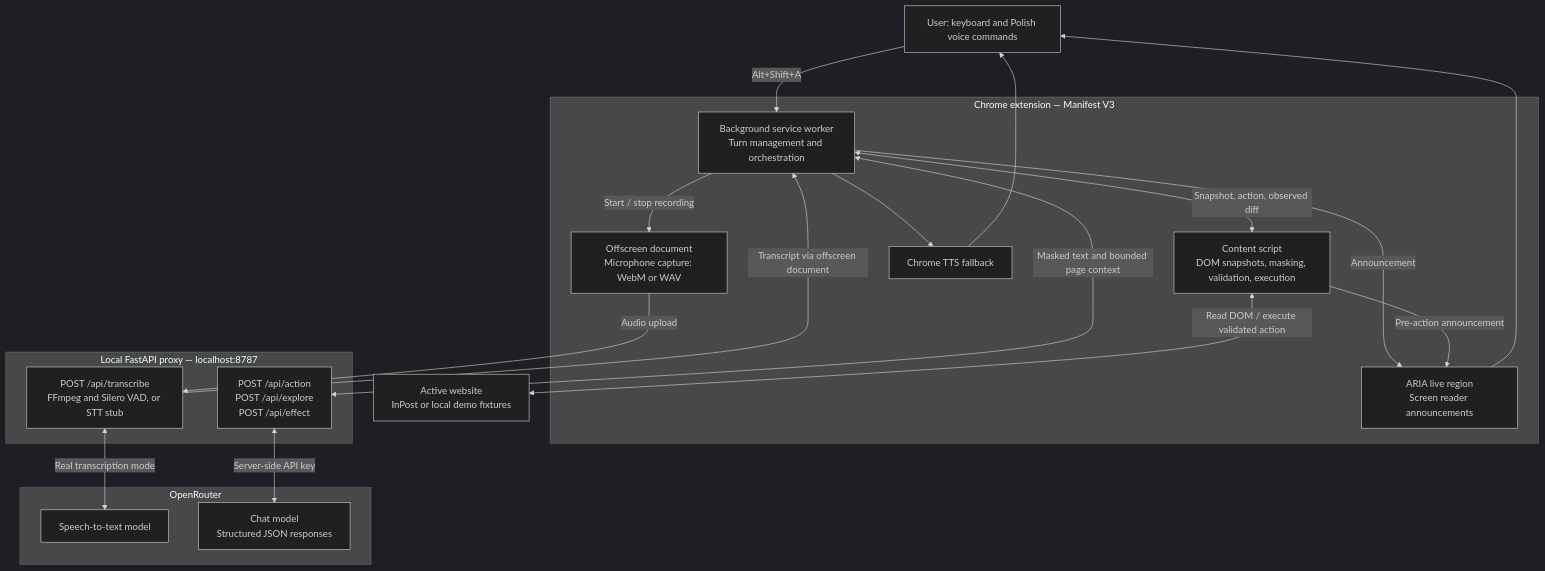
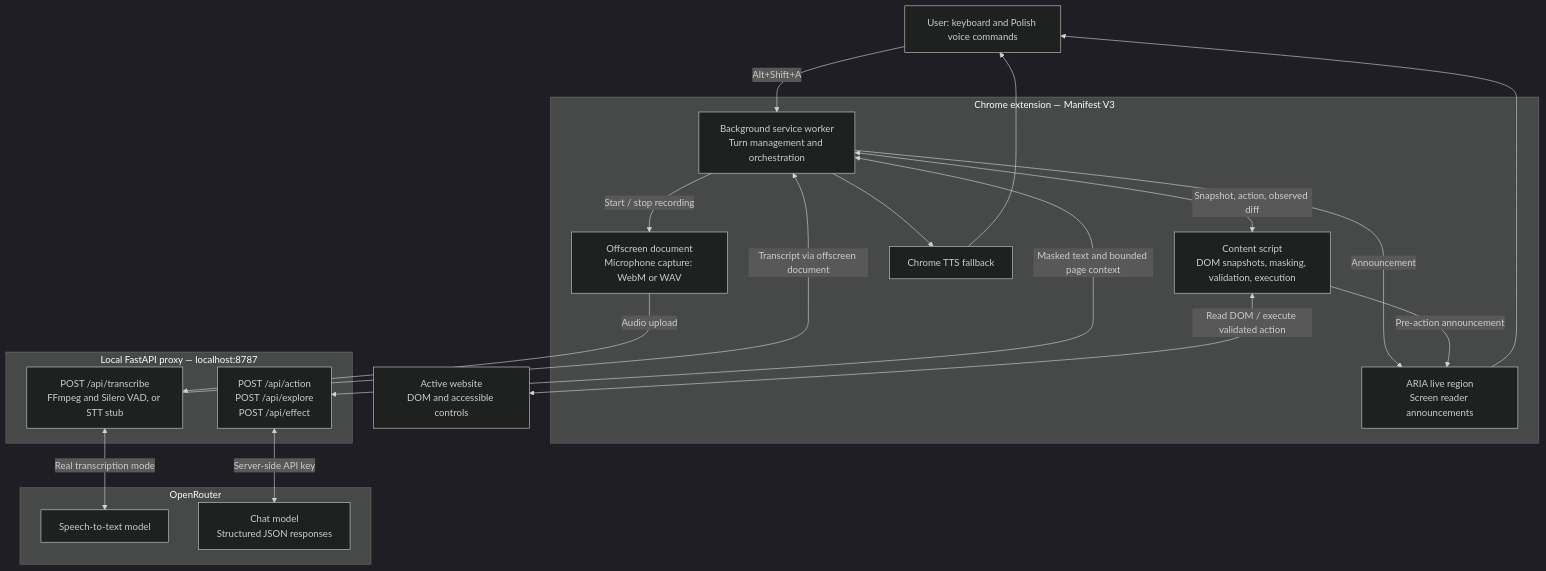
One commit to llama-lovers/HackYeah2026-challenge changed the diagram in README.md. Above: the diagram before and after it, drawn with Mermaid (dark theme). The commit also changed other lines of this file, not shown here.

````diff
--- a/README.md
+++ b/README.md
@@ -20,39 +19,39 @@
 ```mermaid
 flowchart TD
     User["User: keyboard and Polish voice commands"]
 
     subgraph Browser["Chrome extension — Manifest V3"]
         Worker["Background service worker\nTurn management and orchestration"]
         Offscreen["Offscreen document\nMicrophone capture: WebM or WAV"]
         Content["Content script\nDOM snapshots, masking, validation, execution"]
         Feedback["ARIA live region\nScreen reader announcements"]
         TTS["Chrome TTS fallback"]
     end
 
-    Page["Active website\nInPost or local demo fixtures"]
+    Page["Active website\nDOM and accessible controls"]
 
     subgraph Backend["Local FastAPI proxy — localhost:8787"]
         Transcribe["POST /api/transcribe\nFFmpeg and Silero VAD, or STT stub"]
         Reasoning["POST /api/action\nPOST /api/explore\nPOST /api/effect"]
     end
 
     subgraph Cloud["OpenRouter"]
         STT["Speech-to-text model"]
         Chat["Chat model\nStructured JSON responses"]
     end
 
     User -->|"Alt+Shift+A"| Worker
     Worker -->|"Start / stop recording"| Offscreen
     Offscreen -->|"Audio upload"| Transcribe
     Transcribe <-->|"Real transcription mode"| STT
     Transcribe -->|"Transcript via offscreen document"| Worker
     Worker <-->|"Snapshot, action, observed diff"| Content
     Content <-->|"Read DOM / execute validated action"| Page
     Worker <-->|"Masked text and bounded page context"| Reasoning
     Reasoning <-->|"Server-side API key"| Chat
     Worker -->|"Announcement"| Feedback
     Content -->|"Pre-action announcement"| Feedback
     Feedback --> User
     Worker --> TTS
     TTS --> User
 ```
````
